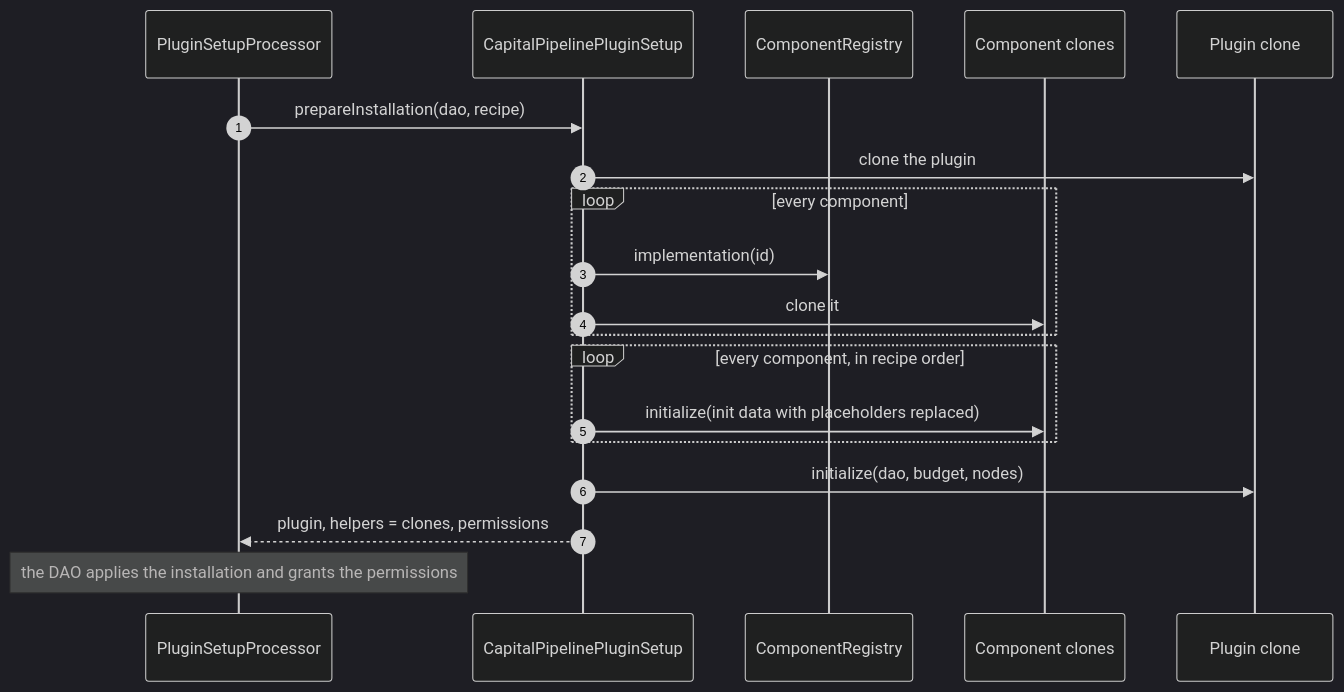
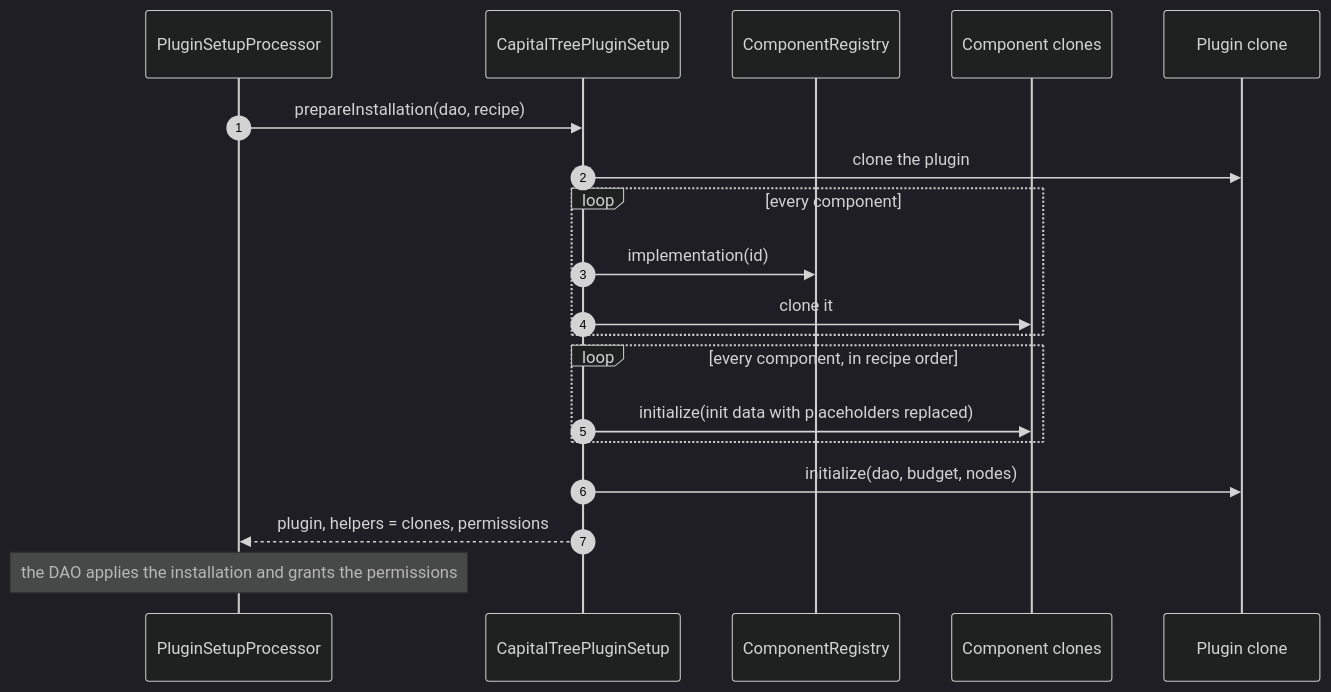
The ninth of 10 diagrams in README.md (antfarm-official/tree-capital), drawn with Mermaid (dark theme) before and after one commit. The commit also changed other lines of this file and 31 other files, not shown here.

First line of the commit message:
Rename CapitalPipelinePlugin to CapitalTreePlugin

````diff
--- a/README.md
+++ b/README.md
@@ -411,22 +411,22 @@
 ```mermaid
 sequenceDiagram
     autonumber
     participant PSP as PluginSetupProcessor
-    participant Setup as CapitalPipelinePluginSetup
+    participant Setup as CapitalTreePluginSetup
     participant Registry as ComponentRegistry
     participant Clones as Component clones
     participant Plugin as Plugin clone
 
     PSP->>Setup: prepareInstallation(dao, recipe)
     Setup->>Plugin: clone the plugin
     loop every component
         Setup->>Registry: implementation(id)
         Setup->>Clones: clone it
     end
     loop every component, in recipe order
         Setup->>Clones: initialize(init data with placeholders replaced)
     end
     Setup->>Plugin: initialize(dao, budget, nodes)
     Setup-->>PSP: plugin, helpers = clones, permissions
     Note over PSP: the DAO applies the installation and grants the permissions
 ```
````
